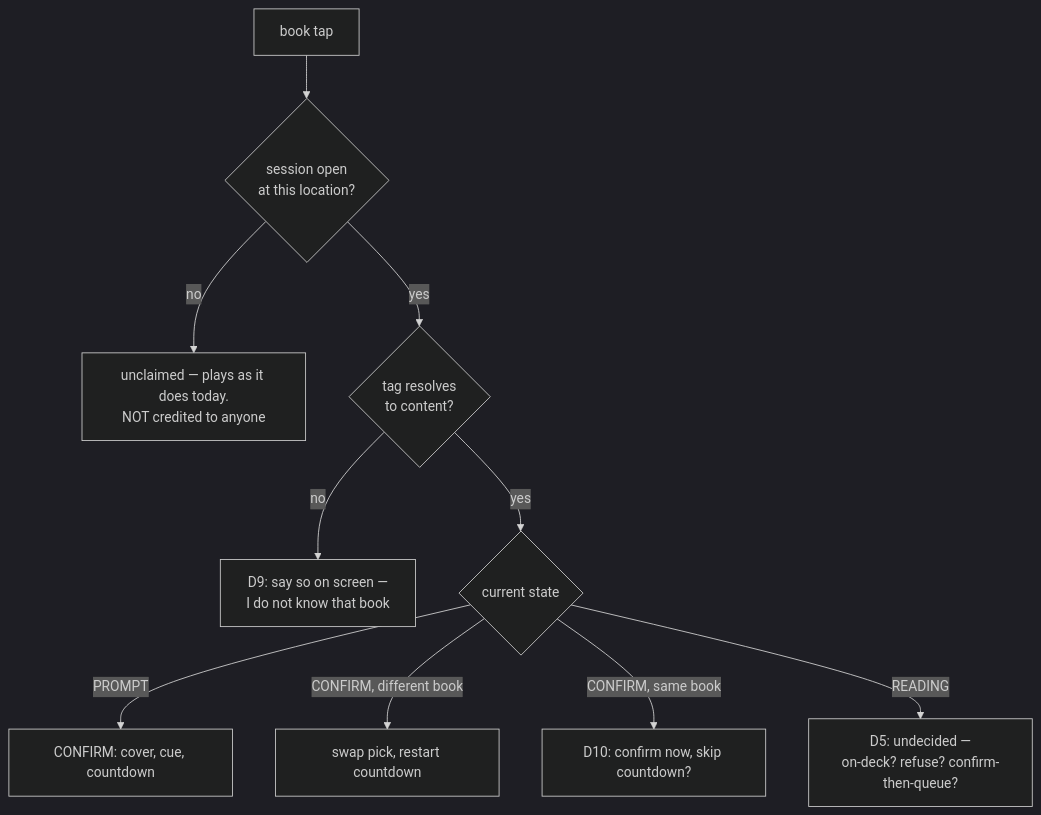
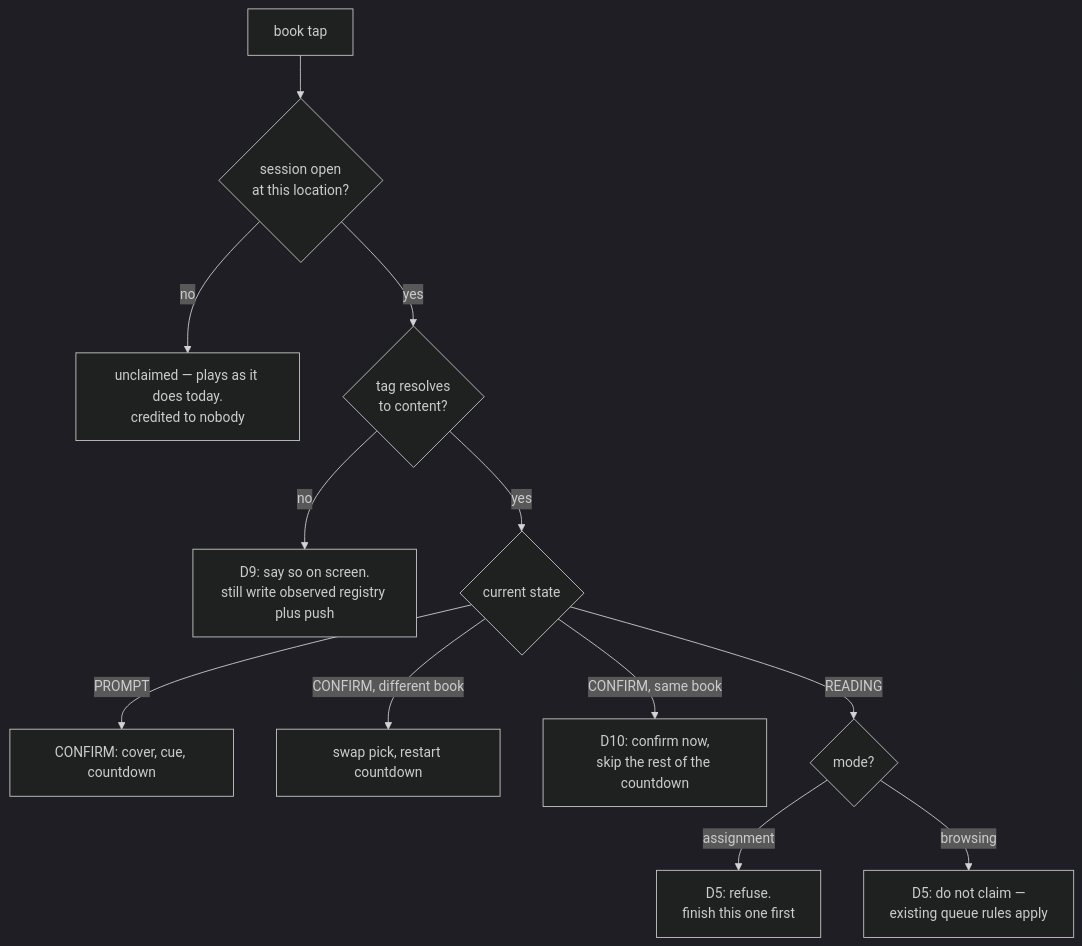
Before and after one commit to kckern/DaylightStation: the fourth of 4 diagrams in docs/reference/school/reading-sessions.md, drawn with Mermaid (dark theme). The commit also changed other lines of this file and 1 other file, not shown here.

First line of the commit message:
docs(school): settle the reading-session state machine

````diff
--- a/docs/reference/school/reading-sessions.md
+++ b/docs/reference/school/reading-sessions.md
@@ -205,12 +229,14 @@
 ```mermaid
 flowchart TD
     A[book tap] --> B{session open<br/>at this location?}
-    B -->|no| B1[unclaimed — plays as it does today.<br/>NOT credited to anyone]
+    B -->|no| B1[unclaimed — plays as it does today.<br/>credited to nobody]
     B -->|yes| C{tag resolves<br/>to content?}
-    C -->|no| C1["D9: say so on screen —<br/>I do not know that book"]
+    C -->|no| C1["D9: say so on screen.<br/>still write observed registry plus push"]
     C -->|yes| D{current state}
     D -->|PROMPT| E[CONFIRM: cover, cue, countdown]
     D -->|CONFIRM, different book| F[swap pick, restart countdown]
-    D -->|CONFIRM, same book| G[D10: confirm now, skip countdown?]
-    D -->|READING| H[D5: undecided —<br/>on-deck? refuse? confirm-then-queue?]
+    D -->|CONFIRM, same book| G[D10: confirm now,<br/>skip the rest of the countdown]
+    D -->|READING| H{mode?}
+    H -->|assignment| H1[D5: refuse.<br/>finish this one first]
+    H -->|browsing| H2[D5: do not claim —<br/>existing queue rules apply]
 ```
````
